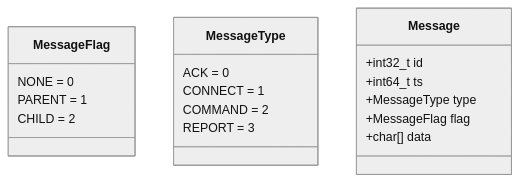
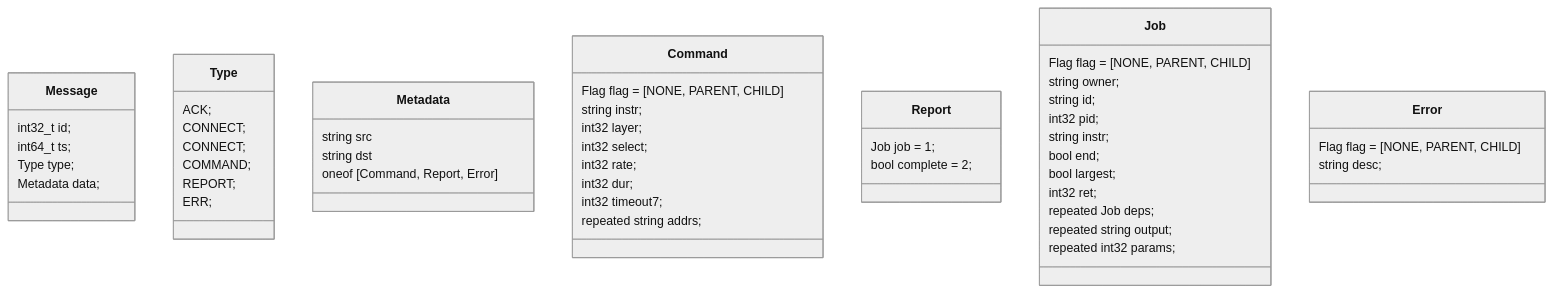
The first of 2 diagrams in docs/slidev/slides/Communication.md (duclos-cavalcanti/TreeBuilder), drawn with Mermaid (neutral theme) before and after one commit. The commit also changed other lines of this file and 12 other files, not shown here.

````diff
--- a/docs/slidev/slides/Communication.md
+++ b/docs/slidev/slides/Communication.md
@@ -14,24 +18,62 @@
 ```mermaid
 classDiagram
-    class MessageFlag{
-        NONE = 0 
-        PARENT = 1 
-        CHILD = 2 
+    class Message{
+            int32_t id;
+            int64_t ts;
+            Type type;
+            Metadata data;
     }
 
-    class MessageType{
-        ACK = 0 
-        CONNECT = 1 
-        COMMAND = 2 
-        REPORT = 3
+    class Type{
+            ACK; 
+            CONNECT;
+            CONNECT;
+            COMMAND;
+            REPORT;
+            ERR;
     }
 
-    class Message{
-            +int32_t id
-            +int64_t ts
-            +MessageType type
-            +MessageFlag flag
-            +char[] data
+    class Metadata{
+        string src
+        string dst
+        oneof [Command, Report, Error]
     }
+
+
+    class Command{
+        Flag flag = [NONE, PARENT, CHILD]
+        string instr;
+        int32 layer;
+        int32 select;
+        int32 rate;
+        int32 dur;
+        int32 timeout7;
+        repeated string addrs;
+    }
+
+    class Report{
+        Job job = 1;
+        bool complete = 2;
+    }
+
+    class Job{
+        Flag flag = [NONE, PARENT, CHILD]
+        string owner;
+        string id;
+        int32 pid;
+        string instr;
+        bool end;
+        bool largest;
+        int32 ret;
+        repeated Job deps;
+        repeated string output;
+        repeated int32 params;
+    }
+
+    class Error{
+        Flag flag = [NONE, PARENT, CHILD]
+        string desc;
+    }
+
     %% style Message fill:#0070C0,color:#fff
 ```
````
